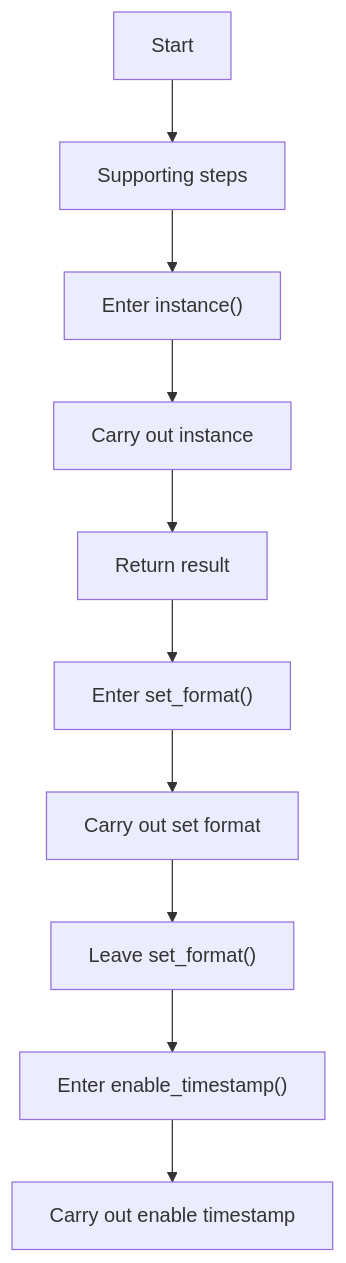
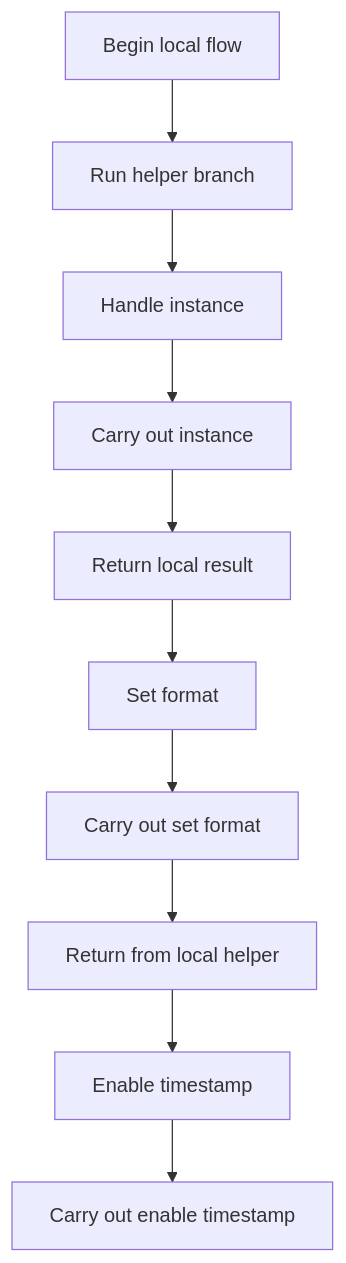
Before and after one commit to JohnAndrewBalbarosa/NeoTerritory: the first of 9 diagrams in docs/Codebase/LegacyPatternTransformSamples/legacy_singleton_to_builder_sample.cpp.md, drawn with Mermaid. The commit also changed other lines of this file and 925 other files, not shown here.

````diff
--- a/docs/Codebase/LegacyPatternTransformSamples/legacy_singleton_to_builder_sample.cpp.md
+++ b/docs/Codebase/LegacyPatternTransformSamples/legacy_singleton_to_builder_sample.cpp.md
@@ -25,22 +24,22 @@
 ```mermaid
 flowchart TD
-    N0["Start"]
-    N1["Supporting steps"]
-    N2["Enter instance()"]
+    N0["Begin local flow"]
+    N1["Run helper branch"]
+    N2["Handle instance"]
     N3["Carry out instance"]
-    N4["Return result"]
-    N5["Enter set_format()"]
+    N4["Return local result"]
+    N5["Set format"]
     N6["Carry out set format"]
-    N7["Leave set_format()"]
-    N8["Enter enable_timestamp()"]
+    N7["Return from local helper"]
+    N8["Enable timestamp"]
     N9["Carry out enable timestamp"]
     N0 --> N1
     N1 --> N2
     N2 --> N3
     N3 --> N4
     N4 --> N5
     N5 --> N6
     N6 --> N7
     N7 --> N8
     N8 --> N9
 ```
````
